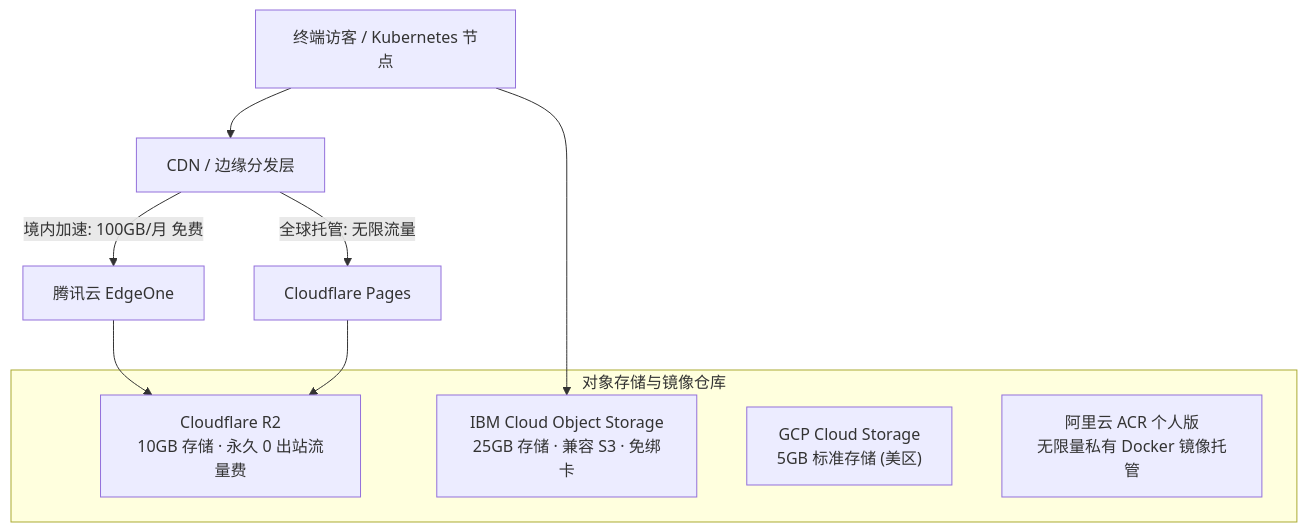
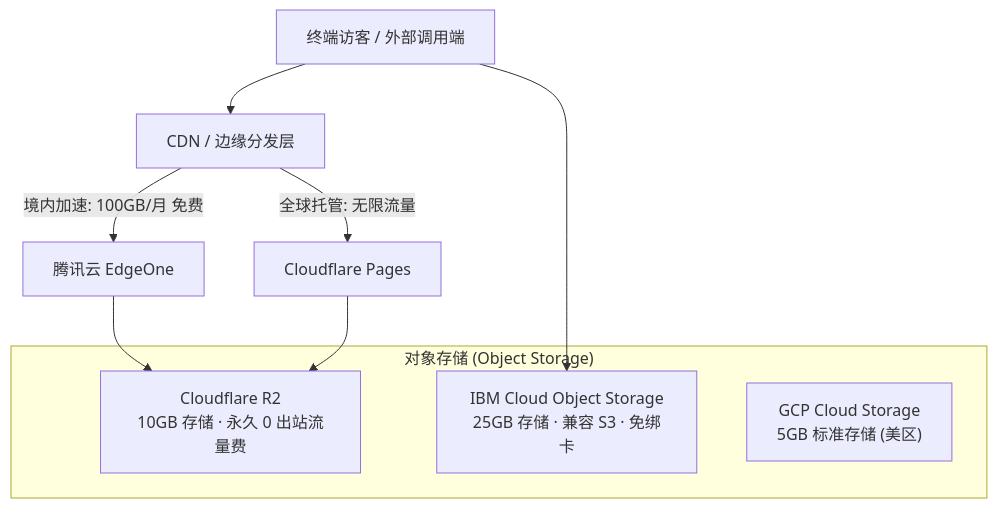
One commit to nvd11/my-blogs changed the fourth of 7 diagrams in global-always-free-cloud-resources-guide.md. Above: the diagram before and after it, drawn with Mermaid. The commit also changed other lines of this file, not shown here.

Commit message:
docs(blog): add dedicated section on global free container registries and Docker image hosting

````diff
--- a/global-always-free-cloud-resources-guide.md
+++ b/global-always-free-cloud-resources-guide.md
@@ -170,16 +170,15 @@
 ```mermaid
 flowchart TD
-    Client["终端访客 / Kubernetes 节点"] --> CDN["CDN / 边缘分发层"]
+    Client["终端访客 / 外部调用端"] --> CDN["CDN / 边缘分发层"]
     CDN -->|"境内加速: 100GB/月 免费"| EO["腾讯云 EdgeOne"]
     CDN -->|"全球托管: 无限流量"| CFP["Cloudflare Pages"]
     
-    subgraph Storage["对象存储与镜像仓库"]
+    subgraph Storage["对象存储 (Object Storage)"]
         R2["Cloudflare R2<br/>10GB 存储 · 永久 0 出站流量费"]
         IBM_COS["IBM Cloud Object Storage<br/>25GB 存储 · 兼容 S3 · 免绑卡"]
         GCS["GCP Cloud Storage<br/>5GB 标准存储 (美区)"]
-        ACR["阿里云 ACR 个人版<br/>无限量私有 Docker 镜像托管"]
     end
     
     EO & CFP --> R2
     Client --> IBM_COS
 ```
````
